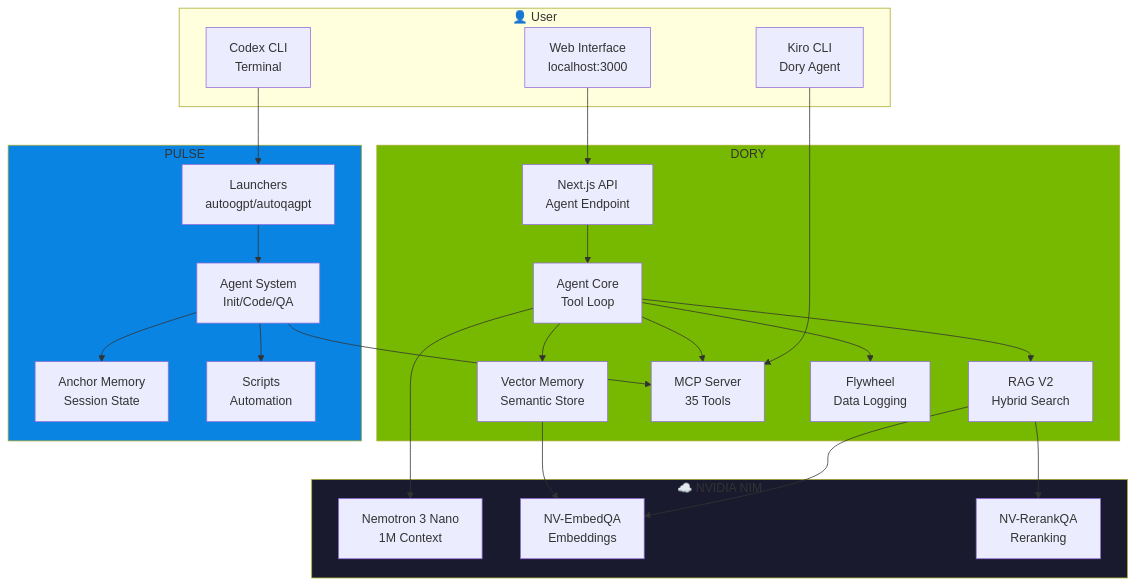
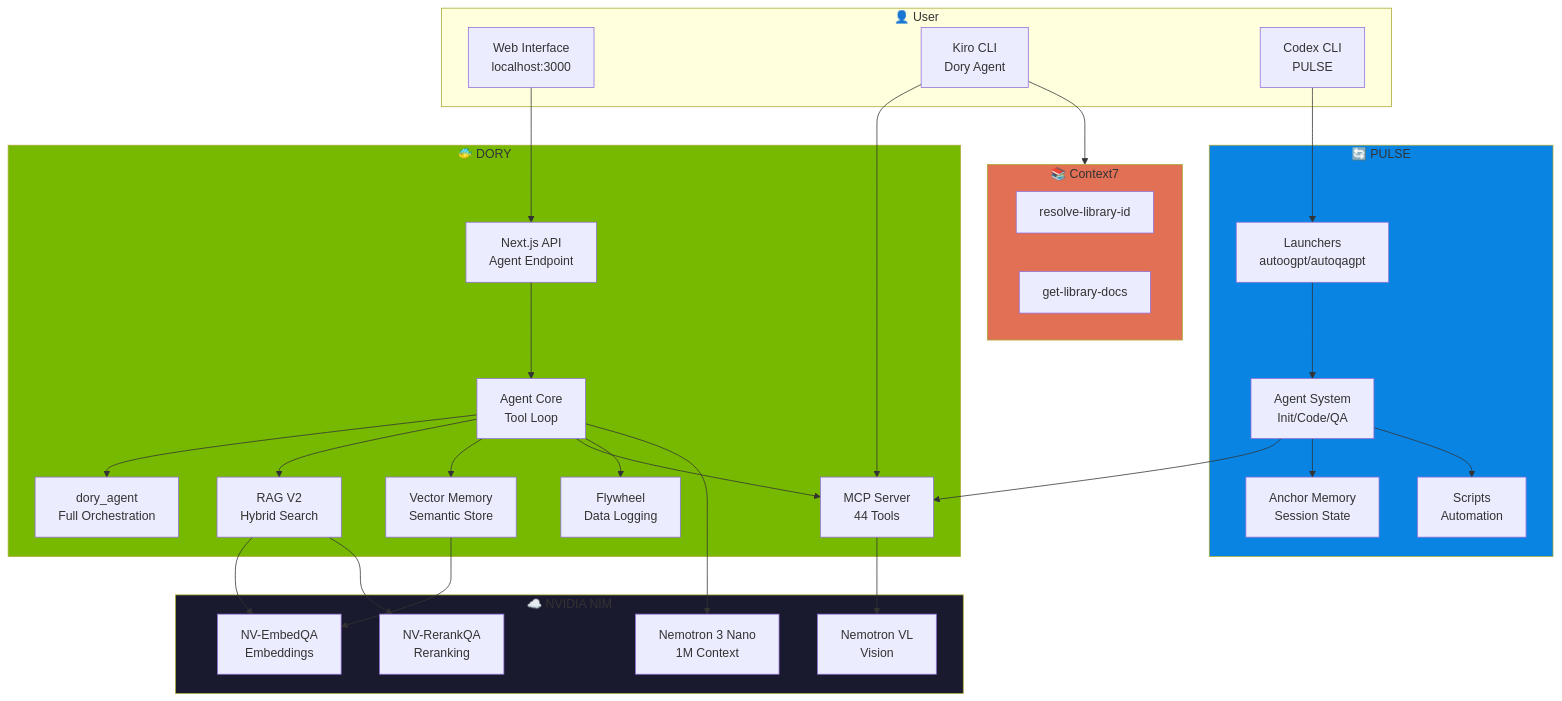
Before and after one commit to caser-legal/CORTEX: the diagram in README.md, drawn with Mermaid. The commit also changed other lines of this file and 1 other file, not shown here.

First line of the commit message:
Update READMEs with 44 tools, Kiro CLI integration

````diff
--- a/README.md
+++ b/README.md
@@ -385,49 +383,60 @@
 ```mermaid
 flowchart TB
     subgraph User["👤 User"]
         WEB[Web Interface<br/>localhost:3000]
-        CLI[Codex CLI<br/>Terminal]
         KIRO[Kiro CLI<br/>Dory Agent]
+        CODEX[Codex CLI<br/>PULSE]
     end
 
-    subgraph DORY[" DORY"]
+    subgraph DORY["🐠 DORY"]
         API[Next.js API<br/>Agent Endpoint]
         AGENT[Agent Core<br/>Tool Loop]
+        ORCH[dory_agent<br/>Full Orchestration]
         RAG[RAG V2<br/>Hybrid Search]
         MEM[Vector Memory<br/>Semantic Store]
-        MCP[MCP Server<br/>35 Tools]
+        MCP[MCP Server<br/>44 Tools]
         FLY[Flywheel<br/>Data Logging]
     end
 
-    subgraph PULSE[" PULSE"]
+    subgraph PULSE["🔄 PULSE"]
         LAUNCH[Launchers<br/>autoogpt/autoqagpt]
         AGENTS[Agent System<br/>Init/Code/QA]
         ANCHOR[Anchor Memory<br/>Session State]
         SCRIPTS[Scripts<br/>Automation]
     end
 
     subgraph NVIDIA["☁️ NVIDIA NIM"]
         LLM[Nemotron 3 Nano<br/>1M Context]
         EMB[NV-EmbedQA<br/>Embeddings]
         RR[NV-RerankQA<br/>Reranking]
+        VIS[Nemotron VL<br/>Vision]
+    end
+
+    subgraph CTX7["📚 Context7"]
+        RESOLVE[resolve-library-id]
+        GETDOCS[get-library-docs]
     end
 
     WEB --> API --> AGENT
-    CLI --> LAUNCH --> AGENTS
     KIRO --> MCP
+    KIRO --> CTX7
+    CODEX --> LAUNCH --> AGENTS
     
+    AGENT --> ORCH
     AGENT --> RAG --> EMB
     AGENT --> MEM --> EMB
     AGENT --> MCP
     AGENT --> FLY
     RAG --> RR
     AGENT --> LLM
+    MCP --> VIS
     
     AGENTS --> MCP
     AGENTS --> ANCHOR
     AGENTS --> SCRIPTS
 
     style DORY fill:#76b900
     style PULSE fill:#0984e3
     style NVIDIA fill:#1a1a2e
+    style CTX7 fill:#e17055
 ```
````
